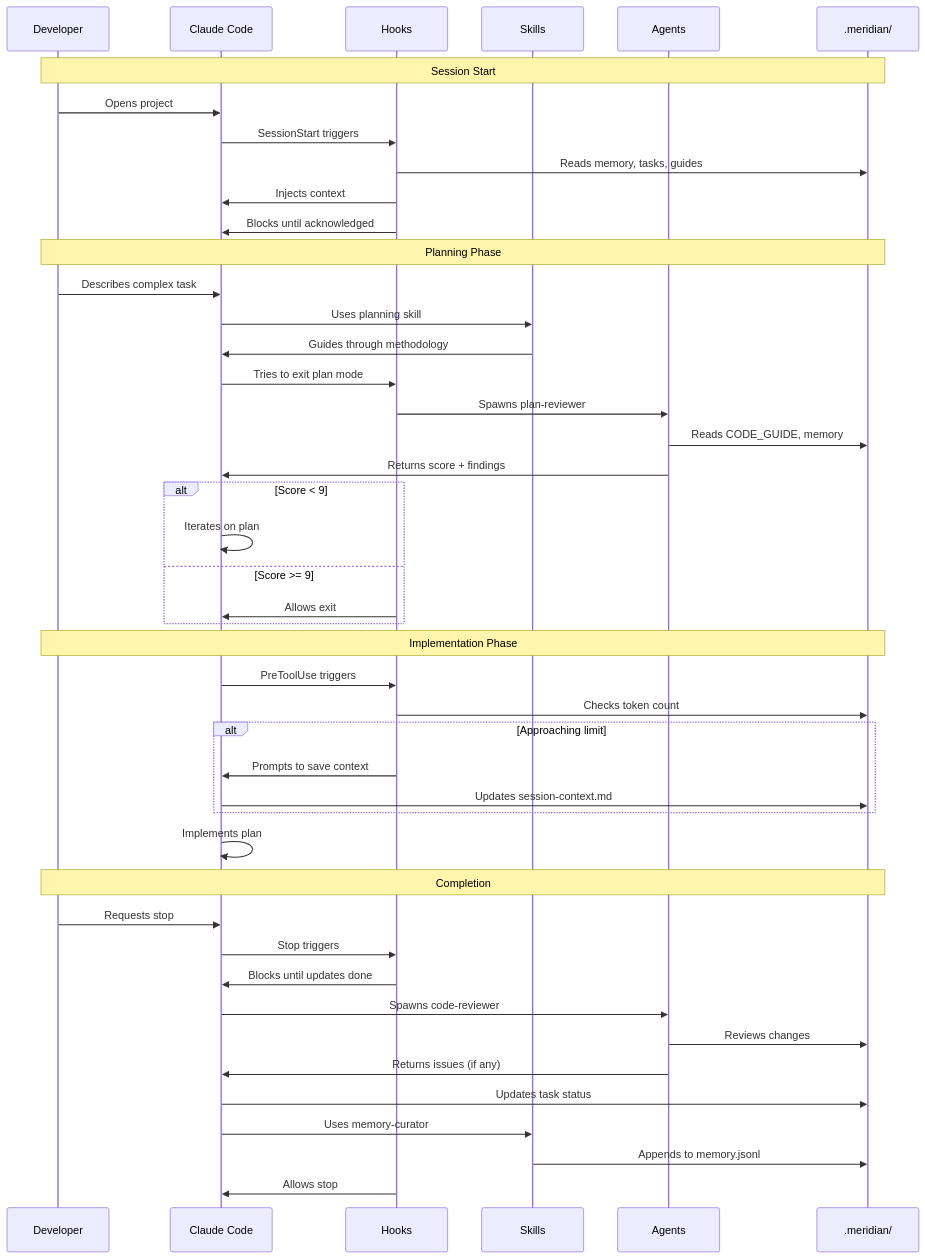
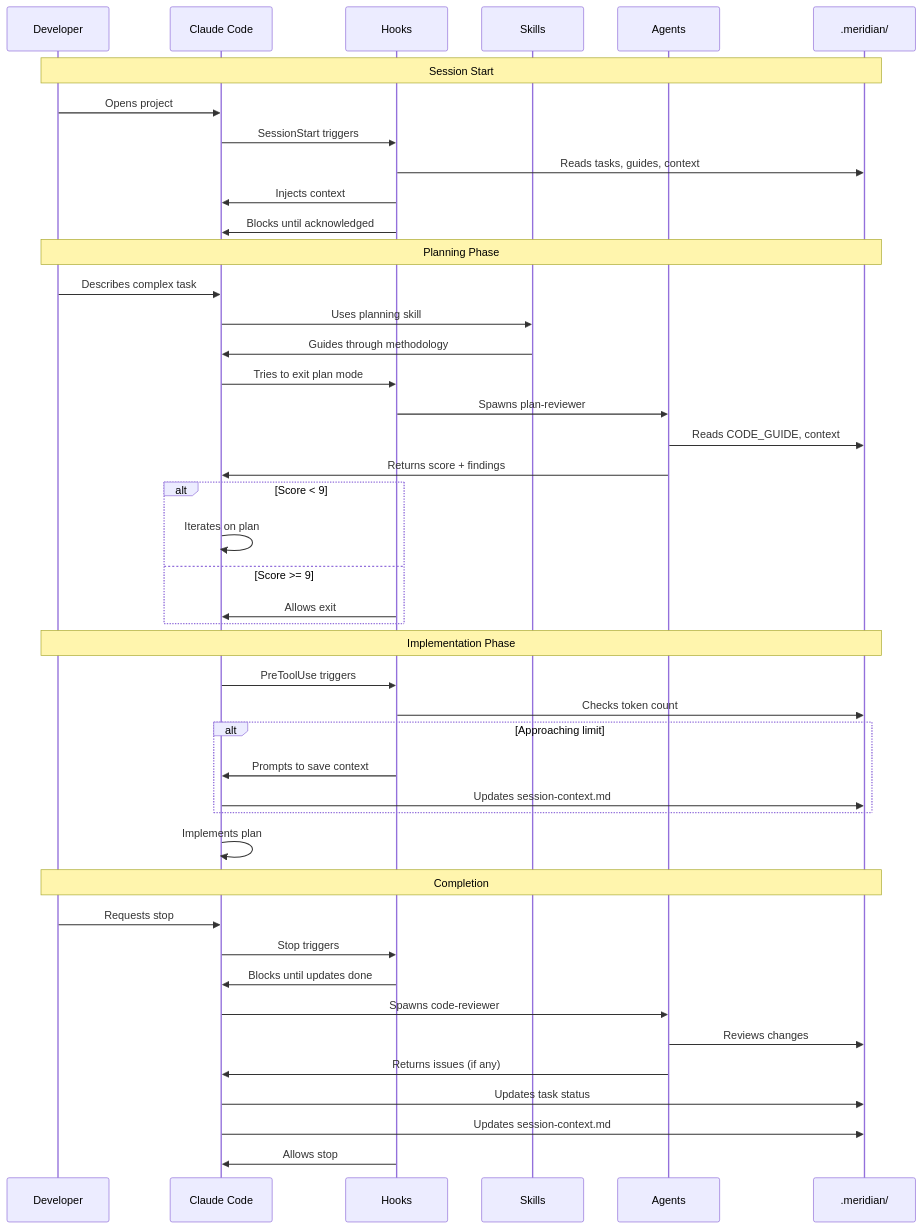
Before and after one commit to markmdev/meridian: the second of 2 diagrams in README.md, drawn with Mermaid. The commit also changed other lines of this file and 29 other files, not shown here.

````diff
--- a/README.md
+++ b/README.md
@@ -106,51 +103,50 @@
 ```mermaid
 sequenceDiagram
     participant Dev as Developer
     participant CC as Claude Code
     participant Hook as Hooks
     participant Skill as Skills
     participant Agent as Agents
     participant Files as .meridian/
 
     Note over Dev,Files: Session Start
     Dev->>CC: Opens project
     CC->>Hook: SessionStart triggers
-    Hook->>Files: Reads memory, tasks, guides
+    Hook->>Files: Reads tasks, guides, context
     Hook->>CC: Injects context
     Hook->>CC: Blocks until acknowledged
 
     Note over Dev,Files: Planning Phase
     Dev->>CC: Describes complex task
     CC->>Skill: Uses planning skill
     Skill->>CC: Guides through methodology
     CC->>Hook: Tries to exit plan mode
     Hook->>Agent: Spawns plan-reviewer
-    Agent->>Files: Reads CODE_GUIDE, memory
+    Agent->>Files: Reads CODE_GUIDE, context
     Agent->>CC: Returns score + findings
     alt Score < 9
         CC->>CC: Iterates on plan
     else Score >= 9
         Hook->>CC: Allows exit
     end
 
     Note over Dev,Files: Implementation Phase
     CC->>Hook: PreToolUse triggers
     Hook->>Files: Checks token count
     alt Approaching limit
         Hook->>CC: Prompts to save context
         CC->>Files: Updates session-context.md
     end
     CC->>CC: Implements plan
 
     Note over Dev,Files: Completion
     Dev->>CC: Requests stop
     CC->>Hook: Stop triggers
     Hook->>CC: Blocks until updates done
     CC->>Agent: Spawns code-reviewer
     Agent->>Files: Reviews changes
     Agent->>CC: Returns issues (if any)
     CC->>Files: Updates task status
-    CC->>Skill: Uses memory-curator
-    Skill->>Files: Appends to memory.jsonl
+    CC->>Files: Updates session-context.md
     Hook->>CC: Allows stop
 ```
````
